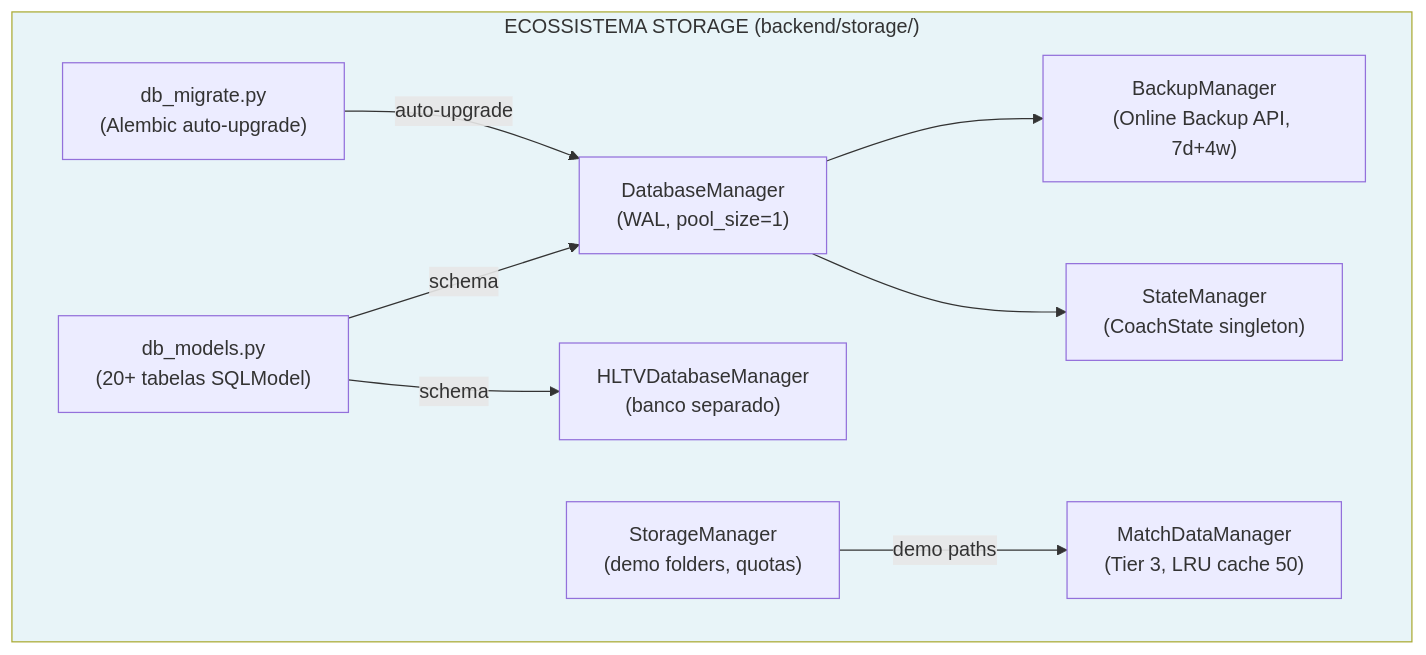
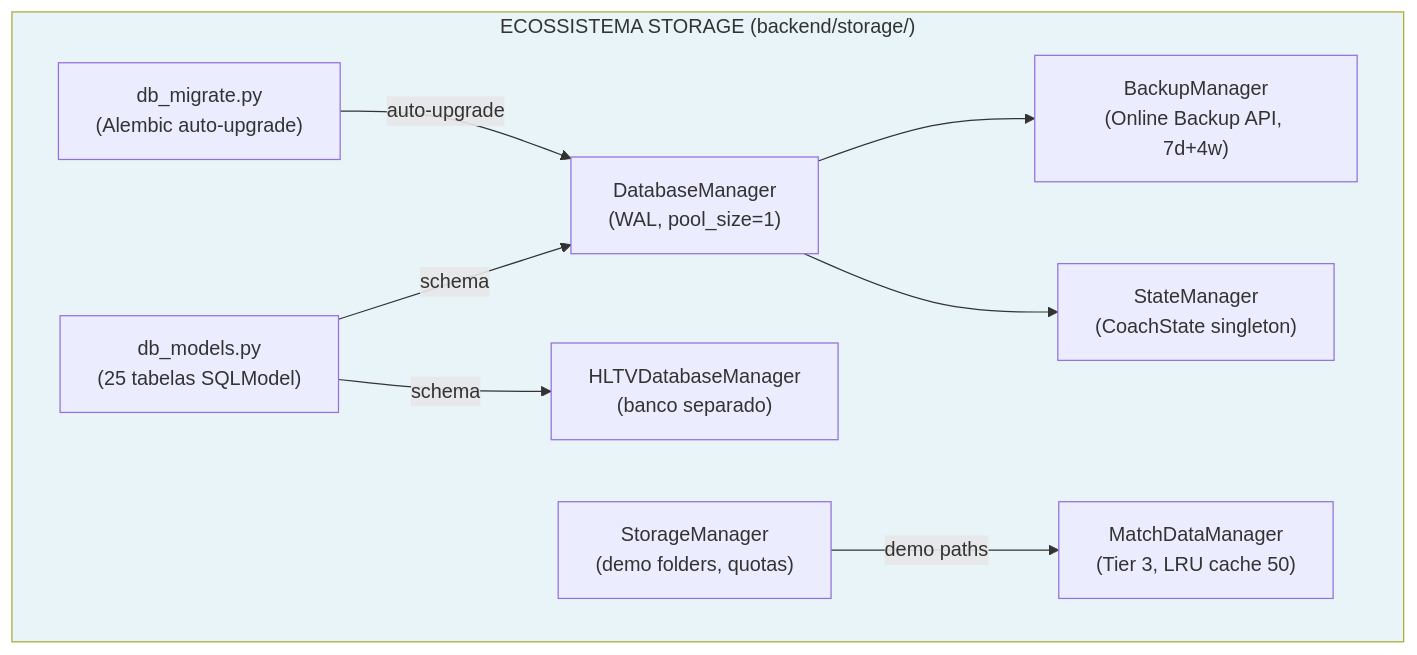
Diagram 42 of 49 in docs/books/Book-Coach-2-pt.md (renanaugustomacena-ux/Counter-Strike-coach-AI), drawn with Mermaid before and after one commit. The commit also changed other lines of this file and 36 other files, not shown here.

````diff
--- a/docs/books/Book-Coach-2-pt.md
+++ b/docs/books/Book-Coach-2-pt.md
@@ -2112,21 +2145,21 @@
 ```mermaid
 flowchart TB
     subgraph STORAGE["ECOSSISTEMA STORAGE (backend/storage/)"]
         DBM["DatabaseManager<br/>(WAL, pool_size=1)"]
         HLTV_DBM["HLTVDatabaseManager<br/>(banco separado)"]
         MDM["MatchDataManager<br/>(Tier 3, LRU cache 50)"]
         BM["BackupManager<br/>(Online Backup API, 7d+4w)"]
         SM["StorageManager<br/>(demo folders, quotas)"]
         STM["StateManager<br/>(CoachState singleton)"]
-        MODELS["db_models.py<br/>(20+ tabelas SQLModel)"]
+        MODELS["db_models.py<br/>(25 tabelas SQLModel)"]
         MIG["db_migrate.py<br/>(Alembic auto-upgrade)"]
     end
     MODELS -->|"schema"| DBM
     MODELS -->|"schema"| HLTV_DBM
     DBM --> BM
     DBM --> STM
     MIG -->|"auto-upgrade"| DBM
     SM -->|"demo paths"| MDM
 
     style STORAGE fill:#e8f4f8
 ```
````
